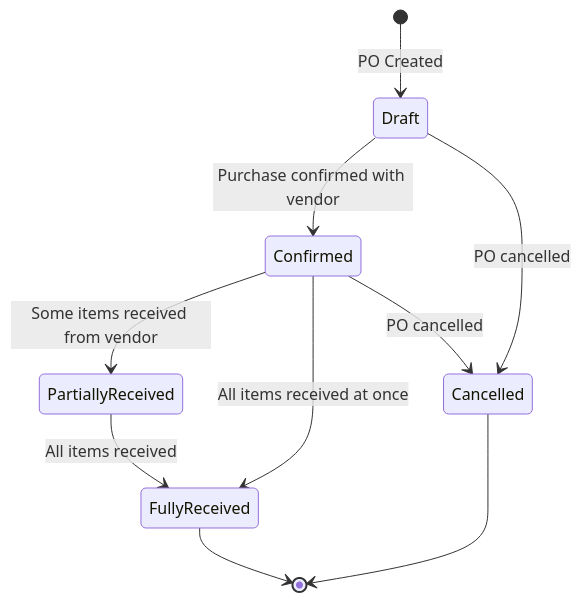
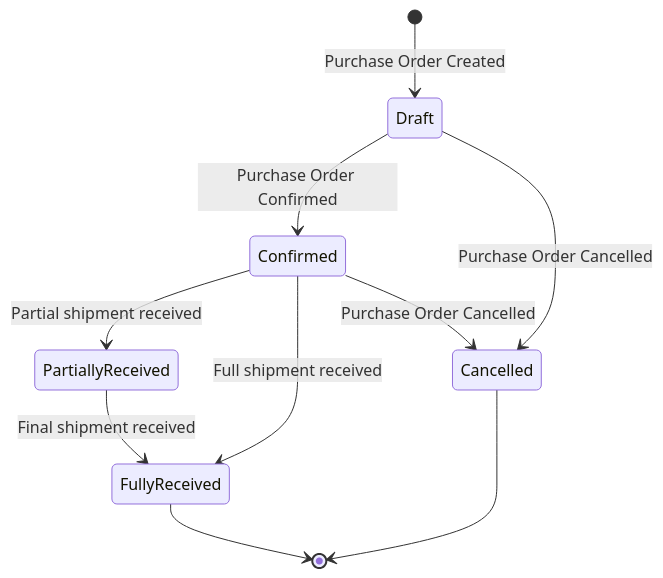
The second of 6 diagrams in README.md (Adgu0205/miniERP-), drawn with Mermaid before and after one commit. The commit also changed other lines of this file and 22 other files, not shown here.

````diff
--- a/README.md
+++ b/README.md
@@ -269,12 +213,12 @@
 ```mermaid
 stateDiagram-v2
-    [*] --> Draft: PO Created
-    Draft --> Confirmed: Purchase confirmed with vendor
-    Confirmed --> PartiallyReceived: Some items received from vendor
-    PartiallyReceived --> FullyReceived: All items received
-    Confirmed --> FullyReceived: All items received at once
-    Draft --> Cancelled: PO cancelled
-    Confirmed --> Cancelled: PO cancelled
+    [*] --> Draft: Purchase Order Created
+    Draft --> Confirmed: Purchase Order Confirmed
+    Confirmed --> PartiallyReceived: Partial shipment received
+    PartiallyReceived --> FullyReceived: Final shipment received
+    Confirmed --> FullyReceived: Full shipment received
+    Draft --> Cancelled: Purchase Order Cancelled
+    Confirmed --> Cancelled: Purchase Order Cancelled
     FullyReceived --> [*]
     Cancelled --> [*]
 ```
````
